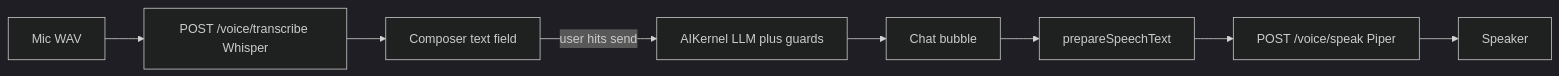
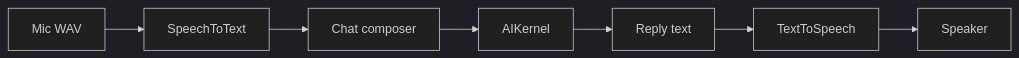
Before and after one commit to AUREON-Technology/AURA-AI: the first of 3 diagrams in docs/reports/voice-nlp-analysis.md, drawn with Mermaid (dark theme). The commit also changed other lines of this file, not shown here.

First line of the commit message:
docs: refine voice system and NLP analysis report

````diff
--- a/docs/reports/voice-nlp-analysis.md
+++ b/docs/reports/voice-nlp-analysis.md
@@ -170,10 +29,9 @@
 ```mermaid
 flowchart LR
-  Mic[Mic WAV] --> STT["POST /voice/transcribe Whisper"]
-  STT --> Composer[Composer text field]
-  Composer -->|user hits send| Kernel[AIKernel LLM plus guards]
-  Kernel --> Bubble[Chat bubble]
-  Bubble --> Prep[prepareSpeechText]
-  Prep --> TTS["POST /voice/speak Piper"]
+  Mic[Mic WAV] --> STT[SpeechToText]
+  STT --> Composer[Chat composer]
+  Composer --> Kernel[AIKernel]
+  Kernel --> Bubble[Reply text]
+  Bubble --> TTS[TextToSpeech]
   TTS --> Spk[Speaker]
 ```
````
